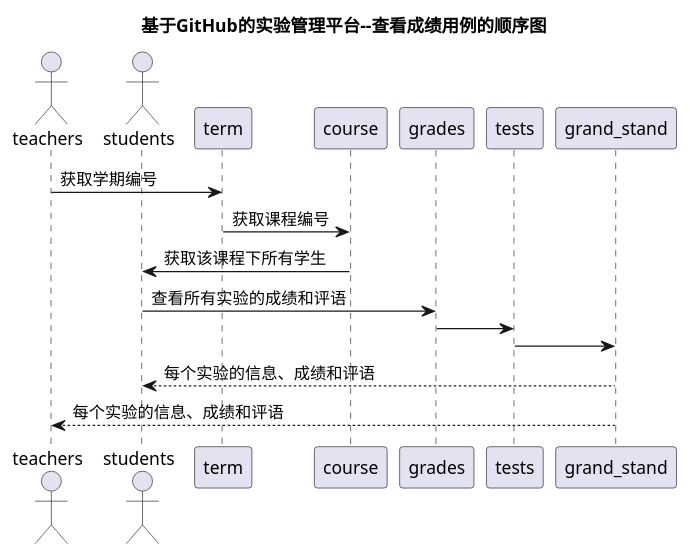
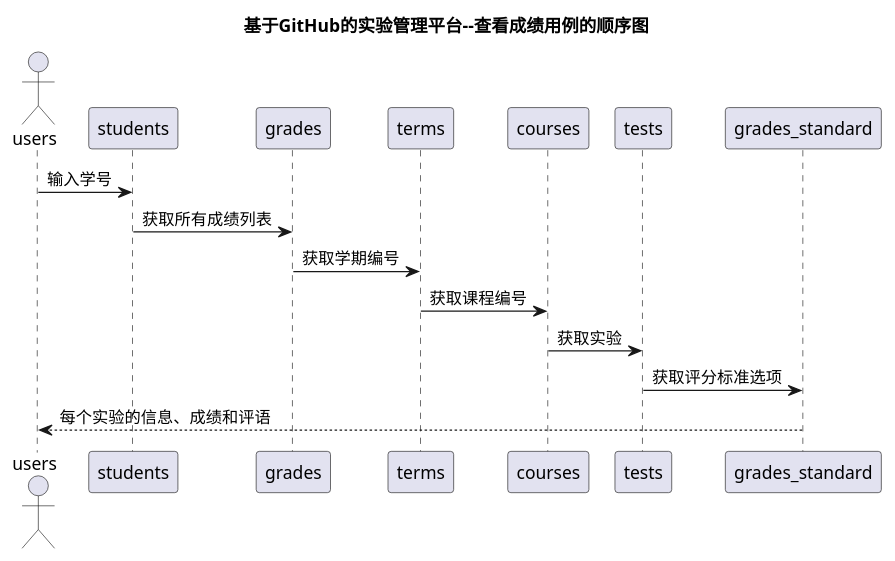
One commit to 201510414128/is_analysis-1 changed the diagram in test6/src/查看成绩.puml. Above: the diagram before and after it, drawn with PlantUML.

```diff
--- a/test6/src/查看成绩.puml
+++ b/test6/src/查看成绩.puml
@@ -1,13 +1,11 @@
 @startuml
 title 基于GitHub的实验管理平台--查看成绩用例的顺序图
-actor teachers
-actor students
-teachers -> term : 获取学期编号
-term->course : 获取课程编号
-course->students : 获取该课程下所有学生
-students -> grades: 查看所有实验的成绩和评语
-grades -> tests
-tests-> grand_stand
-grand_stand --> students:每个实验的信息、成绩和评语
-grand_stand --> teachers:每个实验的信息、成绩和评语
+actor users
+users -> students : 输入学号
+students -> grades : 获取所有成绩列表
+grades -> terms : 获取学期编号
+terms -> courses : 获取课程编号
+courses -> tests : 获取实验
+tests -> grades_standard : 获取评分标准选项
+grades_standard --> users:每个实验的信息、成绩和评语
 @enduml
```
